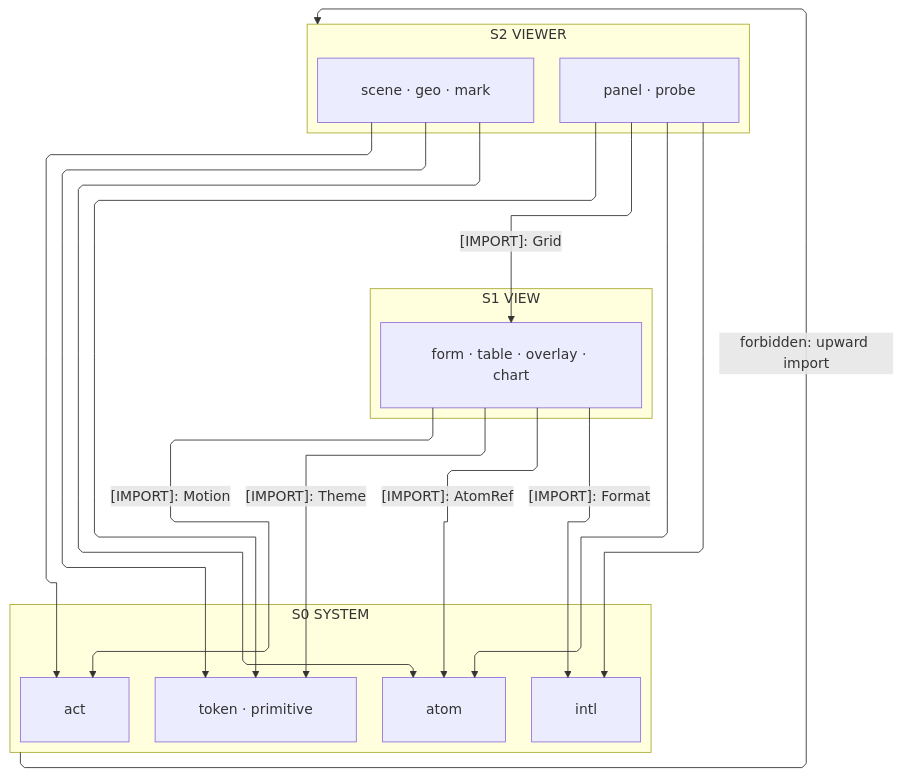
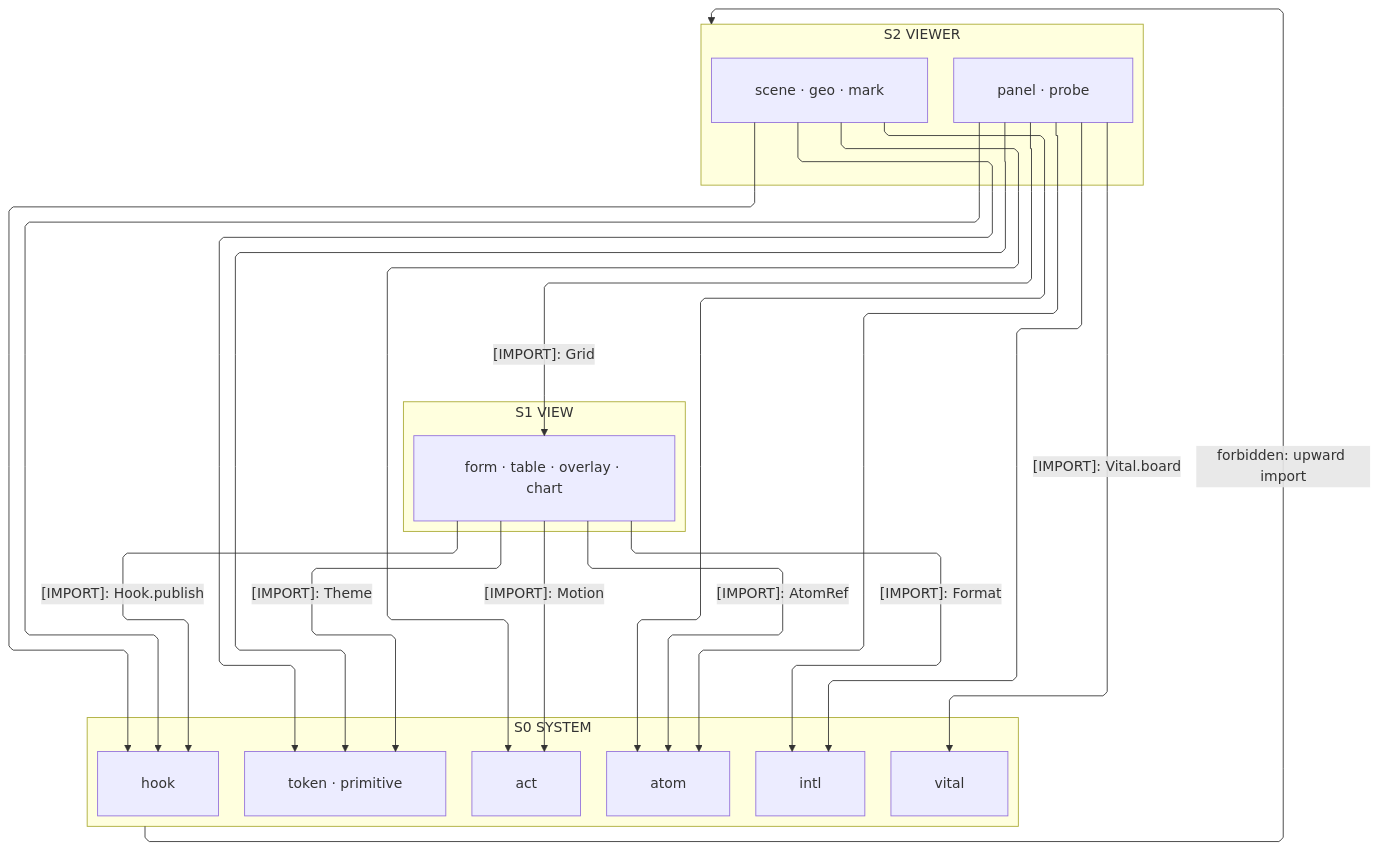
One commit to bsamiee/Rasm changed the first of 2 diagrams in libs/typescript/ui/ARCHITECTURE.md. Above: the diagram before and after it, drawn with Mermaid. The commit also changed other lines of this file and 195 other files, not shown here.

````diff
--- a/libs/typescript/ui/ARCHITECTURE.md
+++ b/libs/typescript/ui/ARCHITECTURE.md
@@ -36,37 +38,43 @@
 ```mermaid
 ---
 config:
   layout: elk
   flowchart:
     curve: linear
     padding: 25
 ---
 flowchart TB
     accTitle: Ui interior import strata
     accDescr: Three interior waves — the viewer spatial project over the view surfaces onto the system floor — every import downward, labeled edges naming one sourced type each, and one forbidden upward edge styled red.
     subgraph S2["S2 VIEWER"]
         Scene["scene · geo · mark"]
         Board["panel · probe"]
     end
     subgraph S1["S1 VIEW"]
         View["form · table · overlay · chart"]
     end
     subgraph S0["S0 SYSTEM"]
         Token["token · primitive"]
         Act[act]
         Atom[atom]
         Intl[intl]
+        Hook[hook]
+        Vital[vital]
     end
     View e1@-->|"[IMPORT]: AtomRef"| Atom
     View e2@-->|"[IMPORT]: Format"| Intl
     View e3@-->|"[IMPORT]: Theme"| Token
     View e4@-->|"[IMPORT]: Motion"| Act
+    View e12@-->|"[IMPORT]: Hook.publish"| Hook
     Scene e5@--> Token
     Scene e6@--> Act
     Scene e7@--> Atom
+    Scene e13@--> Hook
     Board e8@--> Atom
     Board e9@--> Intl
     Board e10@--> Token
     Board e11@-->|"[IMPORT]: Grid"| View
+    Board e14@-->|"[IMPORT]: Vital.board"| Vital
+    Board e15@--> Hook
     S0 f1@-->|"forbidden: upward import"| S2
 ```
````
